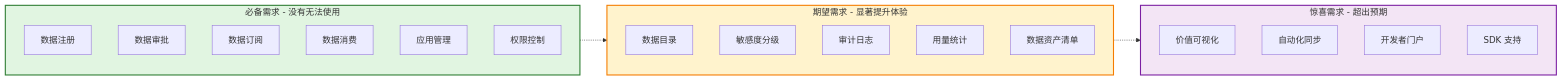
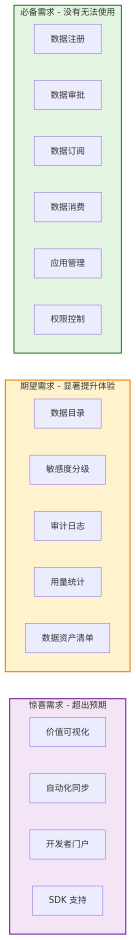
The sixth of 11 diagrams in open-app/.specs/feature-session-001/discovery-report.md (THZSummer/Product), drawn with Mermaid before and after one commit.

Commit message:
design: 优化 4.1 需求分层图表布局
- 三大块从上到下垂直排列
- 每块内部节点水平排列（使用&语法）
- 使用空节点创建间距
- 使用~~~连接符，不显示箭头
- 隐藏间距节点，保持简洁

````diff
--- a/open-app/.specs/feature-session-001/discovery-report.md
+++ b/open-app/.specs/feature-session-001/discovery-report.md
@@ -211,32 +211,26 @@
 ```mermaid
-graph LR
+graph TB
     subgraph Must_Have[必备需求 - 没有无法使用]
-        M1[数据注册]
-        M2[数据审批]
-        M3[数据订阅]
-        M4[数据消费]
-        M5[应用管理]
-        M6[权限控制]
+        M1[数据注册] & M2[数据审批] & M3[数据订阅] & M4[数据消费] & M5[应用管理] & M6[权限控制]
     end
     
+    space1[ ]
+    
     subgraph Should_Have[期望需求 - 显著提升体验]
-        S1[数据目录]
-        S2[敏感度分级]
-        S3[审计日志]
-        S4[用量统计]
-        S5[数据资产清单]
+        S1[数据目录] & S2[敏感度分级] & S3[审计日志] & S4[用量统计] & S5[数据资产清单]
     end
     
+    space2[ ]
+    
     subgraph Could_Have[惊喜需求 - 超出预期]
-        C1[价值可视化]
-        C2[自动化同步]
-        C3[开发者门户]
-        C4[SDK 支持]
+        C1[价值可视化] & C2[自动化同步] & C3[开发者门户] & C4[SDK 支持]
     end
     
-    Must_Have -.-> Should_Have -.-> Could_Have
+    Must_Have ~~~ Should_Have ~~~ Could_Have
     
     style Must_Have fill:#e1f5e1,stroke:#2e7d32,stroke-width:2px
     style Should_Have fill:#fff3cd,stroke:#f57c00,stroke-width:2px
     style Could_Have fill:#f3e5f5,stroke:#7b1fa2,stroke-width:2px
+    style space1 display:none,fill:none,stroke:none,width:0px,height:10px
+    style space2 display:none,fill:none,stroke:none,width:0px,height:10px
 ```
````
